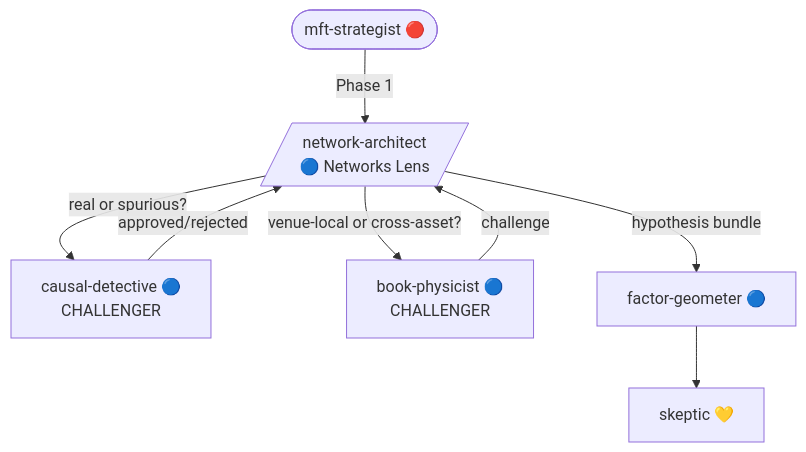
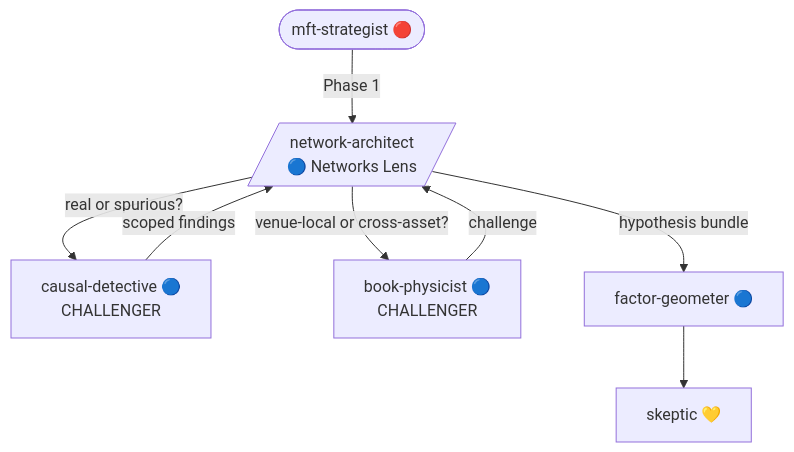
Before and after one commit to VladKochetov007/WunderFunder: the diagram in skills/alpha-squad/agents/network-architect.md, drawn with Mermaid. The commit also changed other lines of this file and 19 other files, not shown here.

````diff
--- a/skills/alpha-squad/agents/network-architect.md
+++ b/skills/alpha-squad/agents/network-architect.md
@@ -69,10 +74,10 @@
 ```mermaid
 flowchart TD
     strat([mft-strategist 🔴]) -->|"Phase 1"| netarch[/"network-architect<br/>🔵 Networks Lens"/]
     netarch -->|"real or spurious?"| causal["causal-detective 🔵<br/>CHALLENGER"]
     netarch -->|"venue-local or cross-asset?"| bphys["book-physicist 🔵<br/>CHALLENGER"]
-    causal -->|"approved/rejected"| netarch
+    causal -->|"scoped findings"| netarch
     bphys -->|"challenge"| netarch
     netarch -->|"hypothesis bundle"| fgeom["factor-geometer 🔵"]
     fgeom --> skep["skeptic 💛"]
 ```
````
